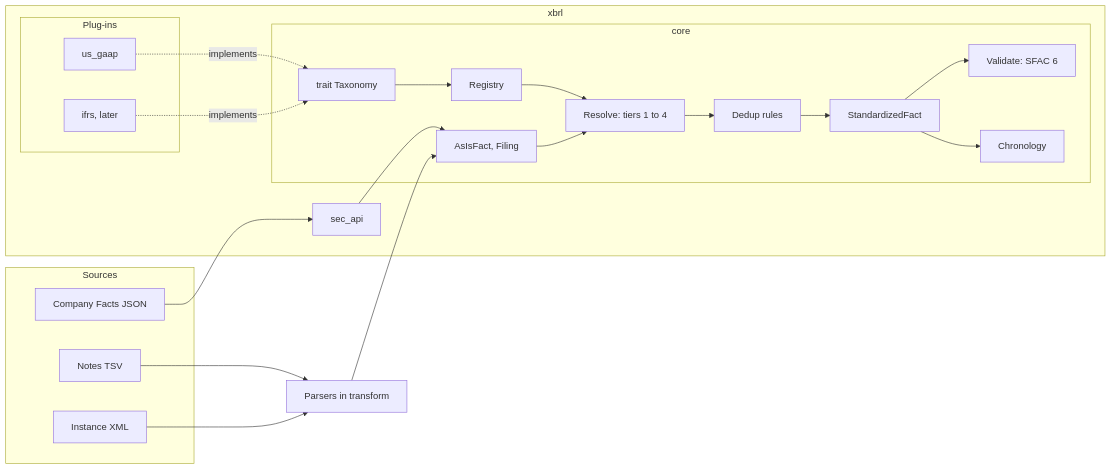
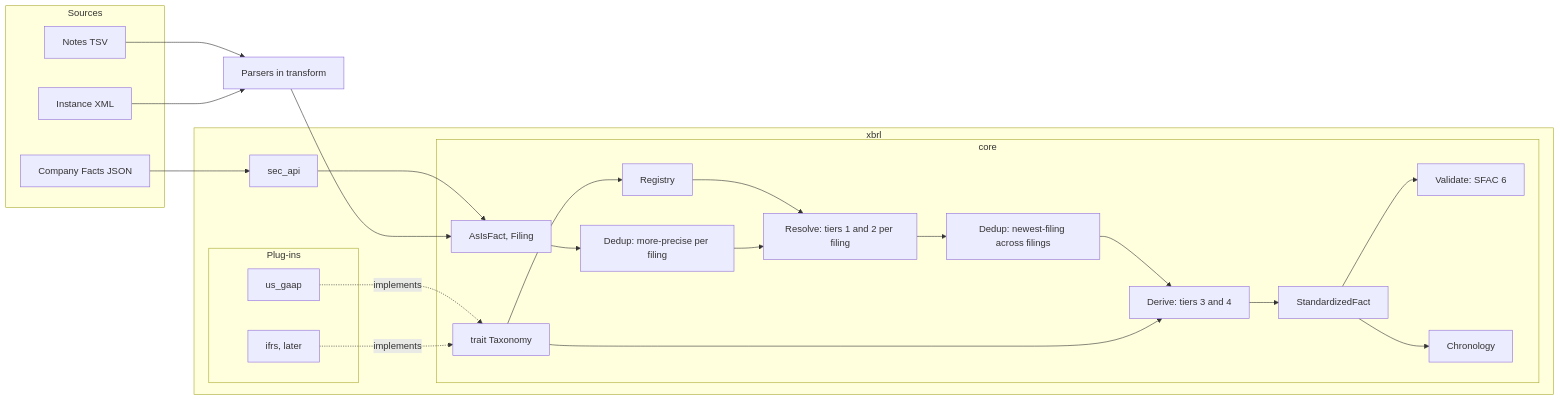
The diagram in xbrl/DESIGN.md (ironcapitaleu/arkad), drawn with Mermaid before and after one commit. The commit also changed other lines of this file, not shown here.

First line of the commit message:
doc(xbrl): fix the dedup order and the gaps the review found

````diff
--- a/xbrl/DESIGN.md
+++ b/xbrl/DESIGN.md
@@ -64,34 +64,37 @@
 ```mermaid
 flowchart LR
   subgraph Sources
     N[Notes TSV]
     I[Instance XML]
     J[Company Facts JSON]
   end
   subgraph xbrl
     subgraph core
       A[AsIsFact, Filing]
       T[trait Taxonomy]
       R[Registry]
-      RES[Resolve: tiers 1 to 4]
-      D[Dedup rules]
+      D1[Dedup: more-precise per filing]
+      RES[Resolve: tiers 1 and 2 per filing]
+      D2[Dedup: newest-filing across filings]
+      DER[Derive: tiers 3 and 4]
       V[Validate: SFAC 6]
       C[Chronology]
       S[StandardizedFact]
     end
     subgraph plugins[Plug-ins]
       U[us_gaap]
       F[ifrs, later]
     end
     SA[sec_api]
   end
   J --> SA --> A
   N --> P[Parsers in transform] --> A
   I --> P
   U -. implements .-> T
   F -. implements .-> T
   T --> R --> RES
-  A --> RES --> D --> S
+  A --> D1 --> RES --> D2 --> DER --> S
+  T --> DER
   S --> V
   S --> C
 ```
````
